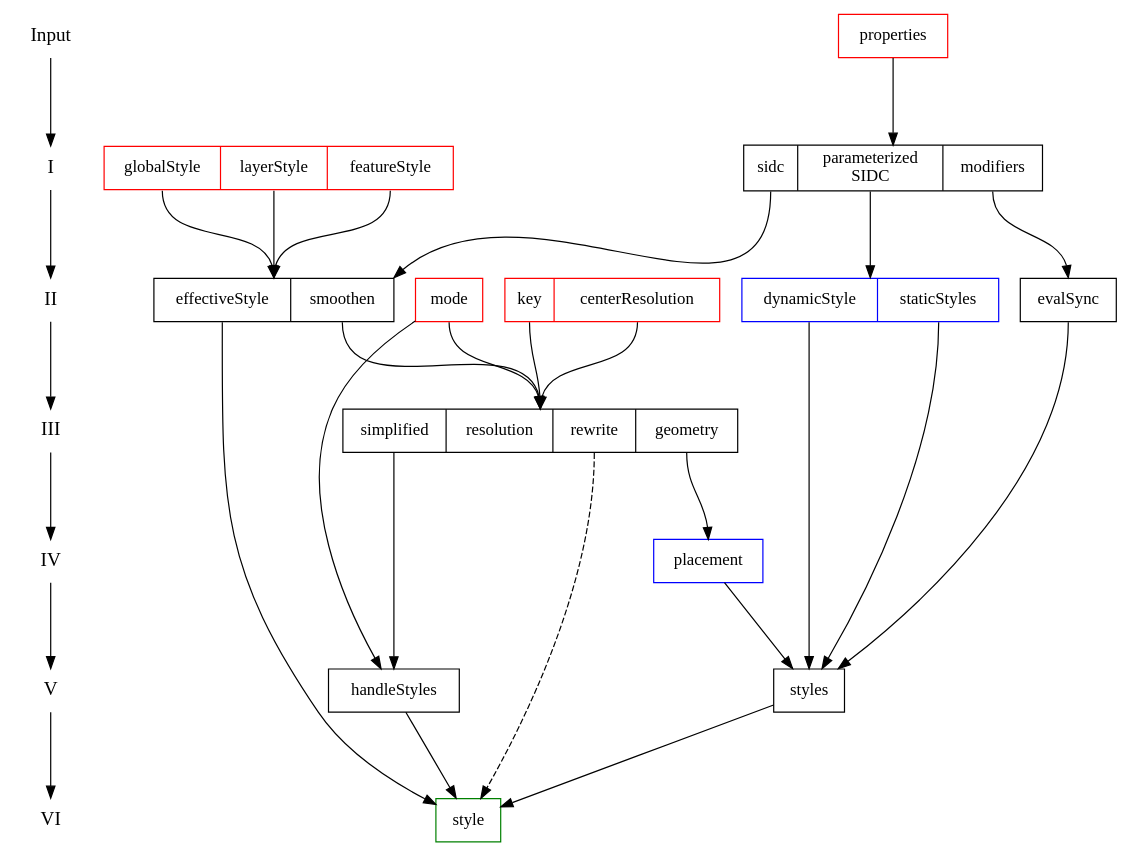
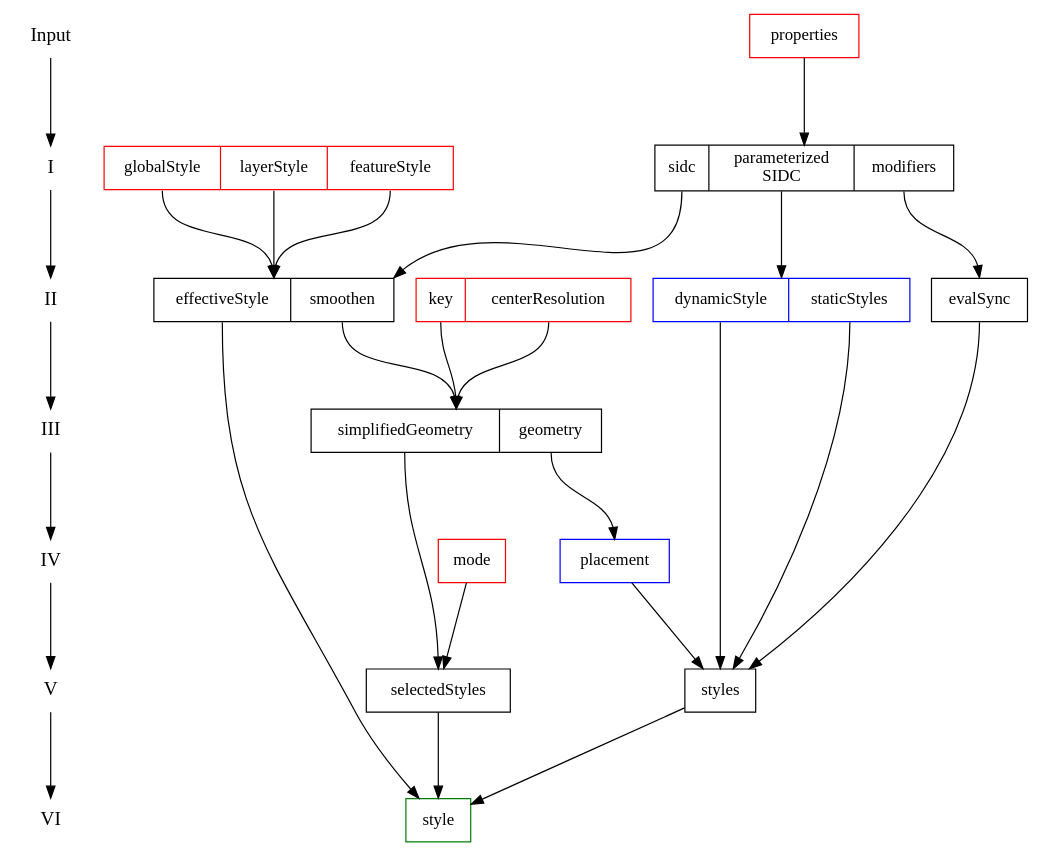
Before and after one commit to syncpoint/ODINv2: the diagram in paperwork/rules.dot, drawn with Graphviz. The commit also changed 8 other files, not shown here.

```diff
--- a/paperwork/rules.dot
+++ b/paperwork/rules.dot
@@ -1,105 +1,101 @@
 digraph structs {
   ranksep=1;
   {
     node [shape=plaintext, fontsize=16];
     Input -> I -> II -> III -> IV -> V -> VI;
   }
 
   { rank = same;
     Input;
     node [shape=record];
     properties [color=red];
   };
 
   { rank = same;
     I;
     node [shape=record];
     INPUT_A [color=red,label="{{
       <globalStyle> globalStyle|
       <layerStyle> layerStyle|
       <featureStyle> featureStyle
     }}"];
 
     PROPERTIES [label="{{
       <sidc> sidc|
       <parameterizedSIDC> parameterized\nSIDC|
       <modifiers> modifiers
     }}"];
   };
 
   { rank = same;
     II;
     node [shape=record];
-    mode [color=red];
     INPUT_B [color=red,label="{{
       <key> key|
       <centerResolution> centerResolution
     }}"];
 
     EFFECTIVE [label="{{
       <effectiveStyle> effectiveStyle|
       <smoothen> smoothen
     }}"];
 
     evalSync;
 
     node [shape=record];
     STYLES [color=blue,label="{{
       <dynamicStyle> dynamicStyle|
       <staticStyles> staticStyles
     }}"];
   };
 
   { rank = same;
     III;
     node [shape=record];
     GEOMETRY [label="{{
-      <simplified> simplified|
-      <resolution> resolution|
-      <rewrite> rewrite|
+      <simplifiedGeometry> simplifiedGeometry|
       <geometry> geometry
     }}"
     ];
   };
 
   { rank = same;
     IV;
     node [shape=box];
+    mode [color=red];
     placement [color=blue];
   };
 
   { rank = same;
     V;
     node [shape=box];
-    styles; handleStyles;
+    styles; selectedStyles;
   };
 
   { rank = same;
     VI;
     node [shape=box];
     style [color=green];
   };
 
   properties -> PROPERTIES;
   PROPERTIES:sidc:s -> EFFECTIVE:ne;
   INPUT_A:globalStyle -> EFFECTIVE:n;
   INPUT_A:layerStyle -> EFFECTIVE:n;
   INPUT_A:featureStyle -> EFFECTIVE:n;
   PROPERTIES:parameterizedSIDC -> STYLES:n;
   PROPERTIES:modifiers -> evalSync:n;
-  mode:s -> GEOMETRY:n;
   EFFECTIVE:smoothen:s -> GEOMETRY:n;
   INPUT_B:key -> GEOMETRY:n;
   INPUT_B:centerResolution -> GEOMETRY:n;
   GEOMETRY:geometry:s -> placement:n;
   STYLES:dynamicStyle -> styles;
   STYLES:staticStyles -> styles;
-  mode -> handleStyles;
-  GEOMETRY:simplified -> handleStyles;
+  mode -> selectedStyles;
+  GEOMETRY:simplifiedGeometry -> selectedStyles:n;
   placement -> styles;
   evalSync:s -> styles;
-  GEOMETRY:rewrite:s -> style [style=dashed];
   styles -> style;
   EFFECTIVE:effectiveStyle:s -> style;
-  handleStyles -> style;
+  selectedStyles -> style;
 }
```
